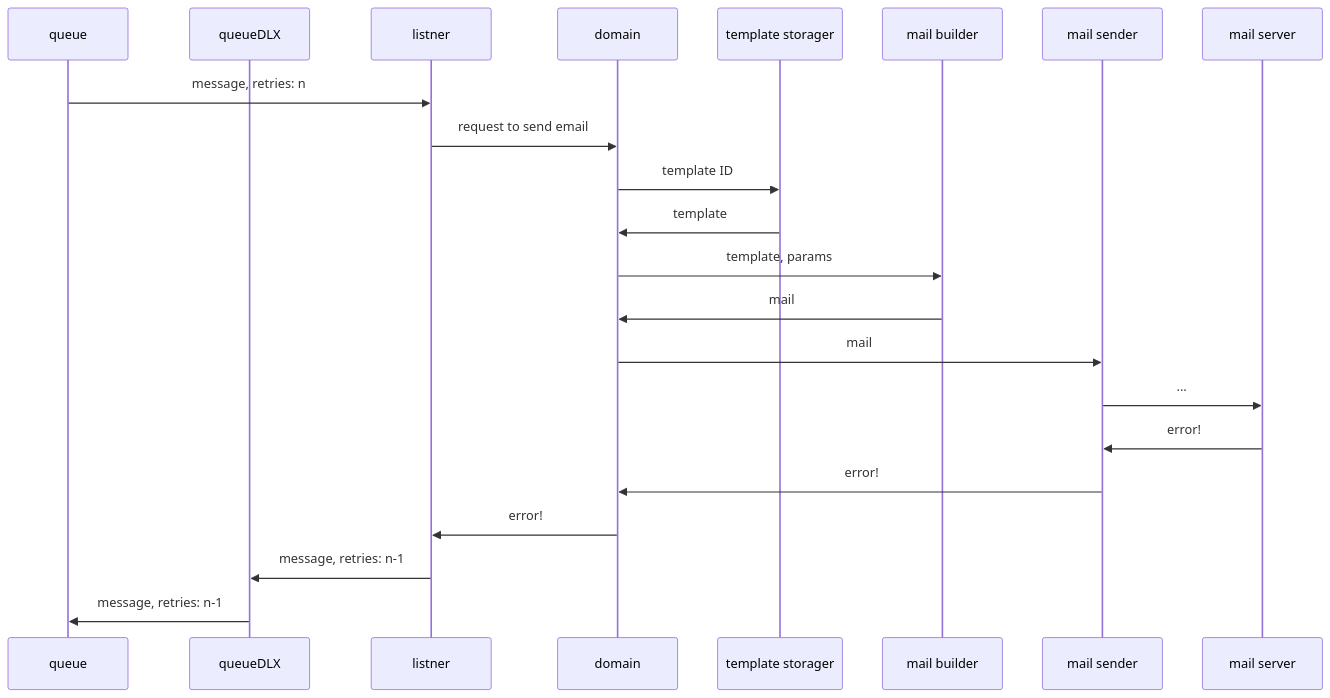
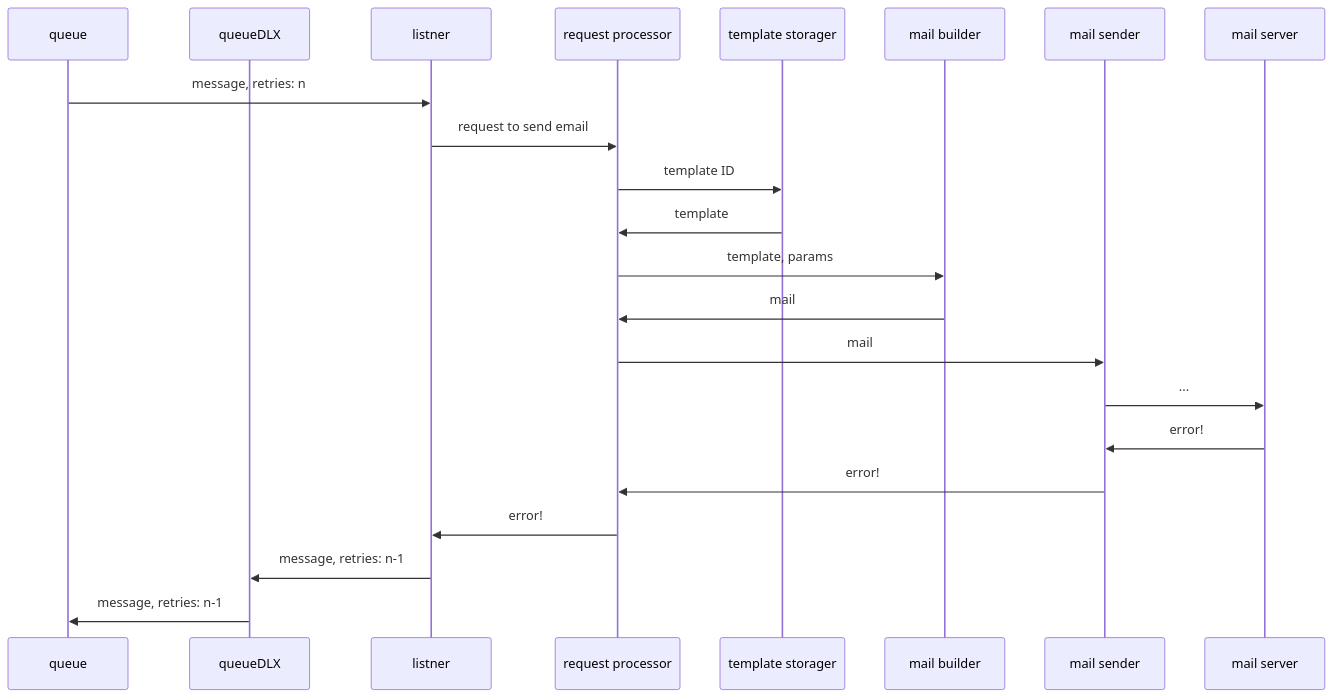
The third of 3 diagrams in docs/realization.md (LakeevSergey/mailer), drawn with Mermaid before and after one commit. The commit also changed other lines of this file, not shown here.

````diff
--- a/docs/realization.md
+++ b/docs/realization.md
@@ -76,24 +76,24 @@
 ```mermaid
 sequenceDiagram
     participant queue
     participant queueDLX
     participant listner
-    participant domain
+    participant request processor
     participant template storager
     participant mail builder
     participant mail sender
     participant mail server
     queue->>listner: message, retries: n
-    listner->>domain: request to send email
-    domain->>template storager: template ID
-    template storager->>domain: template
-    domain->>mail builder: template, params
-    mail builder->>domain: mail
-    domain->>mail sender: mail
+    listner->>request processor: request to send email
+    request processor->>template storager: template ID
+    template storager->>request processor: template
+    request processor->>mail builder: template, params
+    mail builder->>request processor: mail
+    request processor->>mail sender: mail
     mail sender->>mail server: ...
     mail server->>mail sender: error!
-    mail sender->>domain: error!
-    domain->>listner: error!
+    mail sender->>request processor: error!
+    request processor->>listner: error!
     listner->>queueDLX: message, retries: n-1
     queueDLX->>queue: message, retries: n-1
 ```
````
